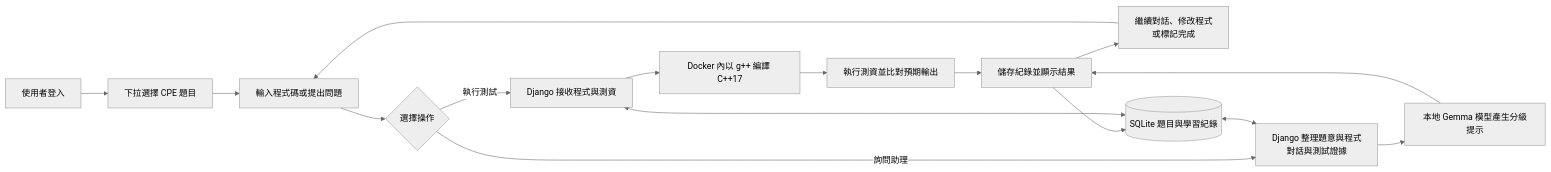
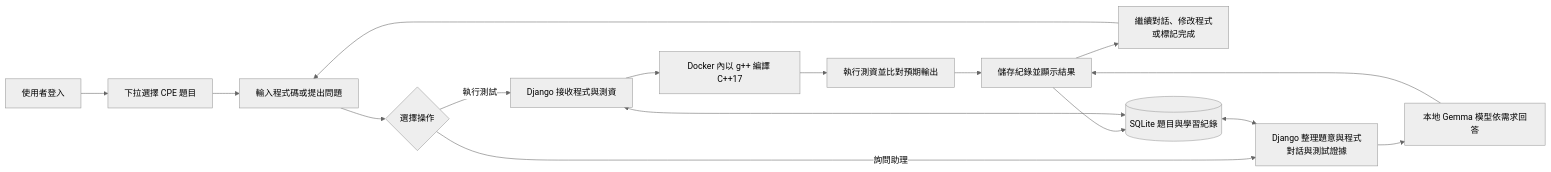
Before and after one commit to yuu1026/CPE-Coach: the diagram in README.md, drawn with Mermaid (neutral theme). The commit also changed other lines of this file and 29 other files, not shown here.

````diff
--- a/README.md
+++ b/README.md
@@ -34,18 +34,18 @@
 ```mermaid
 flowchart LR
     A[使用者登入] --> B[下拉選擇 CPE 題目]
     B --> C[輸入程式碼或提出問題]
     C --> D{選擇操作}
     D -->|執行測試| E[Django 接收程式與測資]
     E --> F[Docker 內以 g++ 編譯 C++17]
     F --> G[執行測資並比對預期輸出]
     D -->|詢問助理| H["Django 整理題意與程式<br/>對話與測試證據"]
-    H --> I[本地 Gemma 模型產生分級提示]
+    H --> I[本地 Gemma 模型依需求回答]
     G --> J[儲存紀錄並顯示結果]
     I --> J
     J --> K["繼續對話、修改程式<br/>或標記完成"]
     K --> C
     L[(SQLite 題目與學習紀錄)] <--> E
     L <--> H
     J --> L
 ```
````
